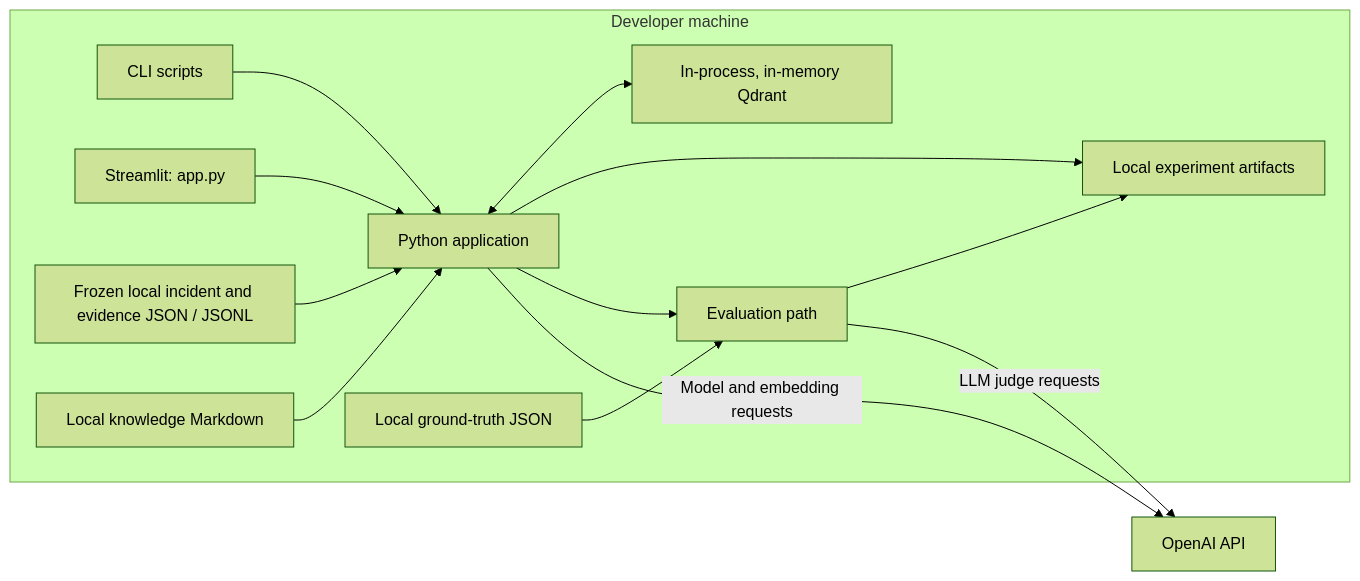
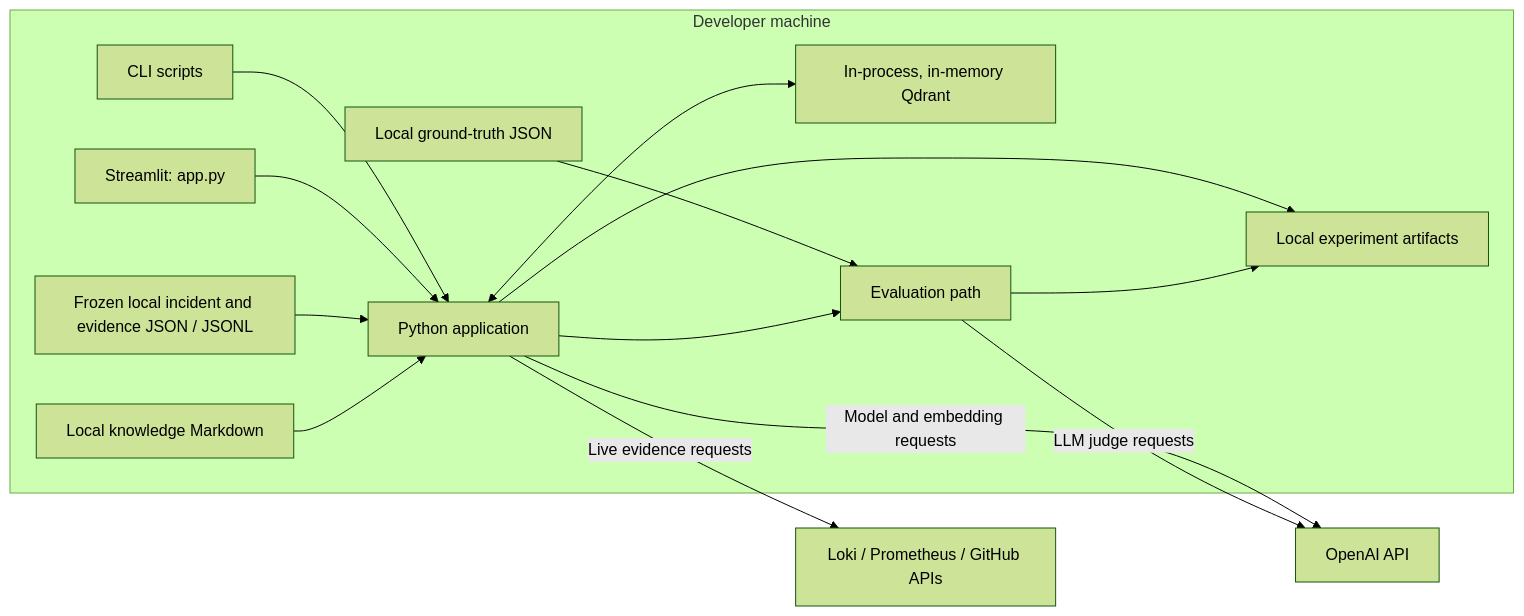
The second of 8 diagrams in docs/SYSTEM_DESIGN.md (gaganjawa/traceroot), drawn with Mermaid (forest theme) before and after one commit. The commit also changed other lines of this file and 4 other files, not shown here.

````diff
--- a/docs/SYSTEM_DESIGN.md
+++ b/docs/SYSTEM_DESIGN.md
@@ -102,16 +105,17 @@
 ```mermaid
 flowchart LR
     subgraph LOCAL["Developer machine"]
         CLI["CLI scripts"] --> PY["Python application"]
         UI["Streamlit: app.py"] --> PY
         PY <--> Q["In-process, in-memory Qdrant"]
         J["Frozen local incident and evidence JSON / JSONL"] --> PY
         K["Local knowledge Markdown"] --> PY
         PY --> A["Local experiment artifacts"]
         GT["Local ground-truth JSON"] --> EV["Evaluation path"]
         PY --> EV
         EV --> A
     end
+    PY -->|Live evidence requests| SRC["Loki / Prometheus / GitHub APIs"]
     PY -->|Model and embedding requests| API["OpenAI API"]
     EV -->|LLM judge requests| API
 ```
````
